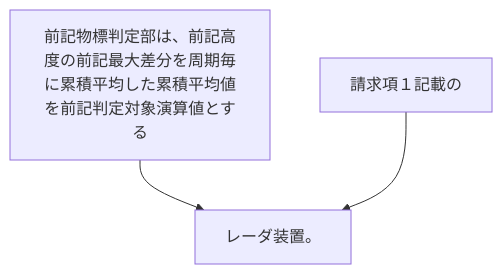
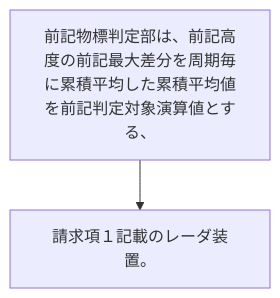
One commit to shinmori55/patent_analyzed changed the diagram in 2024/JP2024021637A/claim_2/README.md. Above: the diagram before and after it, drawn with Mermaid. The commit also changed 336 other files, not shown here.

````diff
--- a/2024/JP2024021637A/claim_2/README.md
+++ b/2024/JP2024021637A/claim_2/README.md
@@ -3,8 +3,6 @@
 ```mermaid
 flowchart TD
-A[前記物標判定部は、前記高度の前記最大差分を周期毎に累積平均した累積平均値を前記判定対象演算値とする]
-B[請求項１記載の]
-C[レーダ装置。]
-A --> C
-B --> C
+A[前記物標判定部は、前記高度の前記最大差分を周期毎に累積平均した累積平均値を前記判定対象演算値とする、]
+B[請求項１記載のレーダ装置。]
+A --> B
 ```
````
